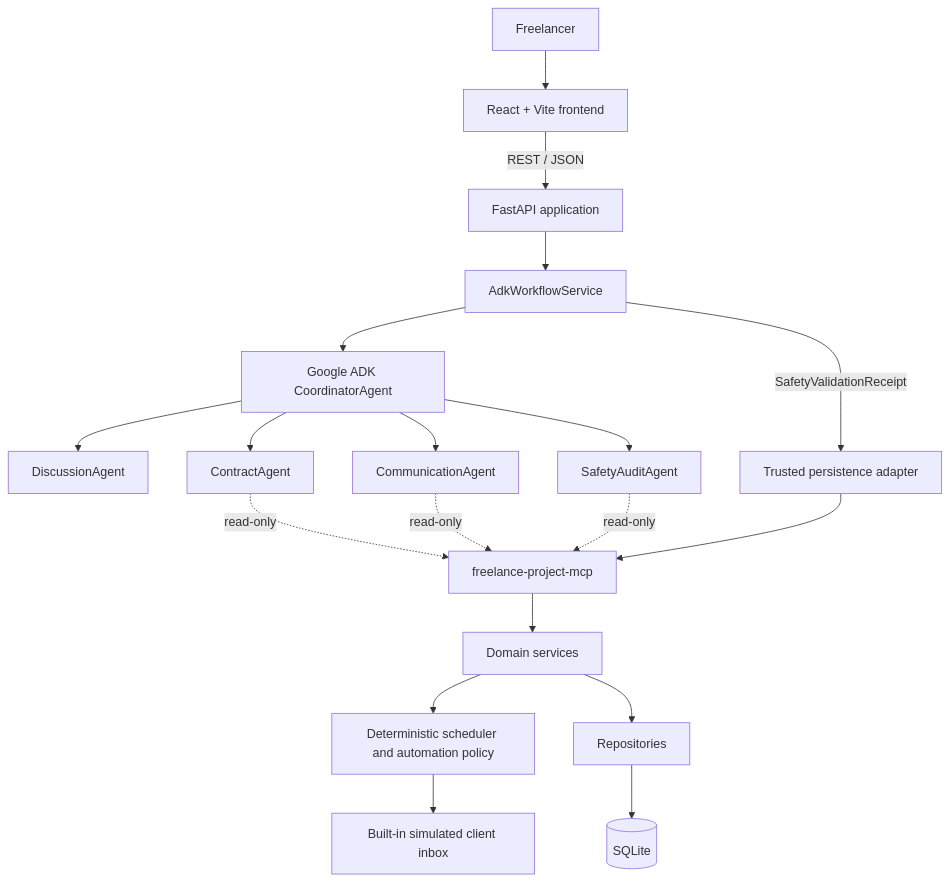
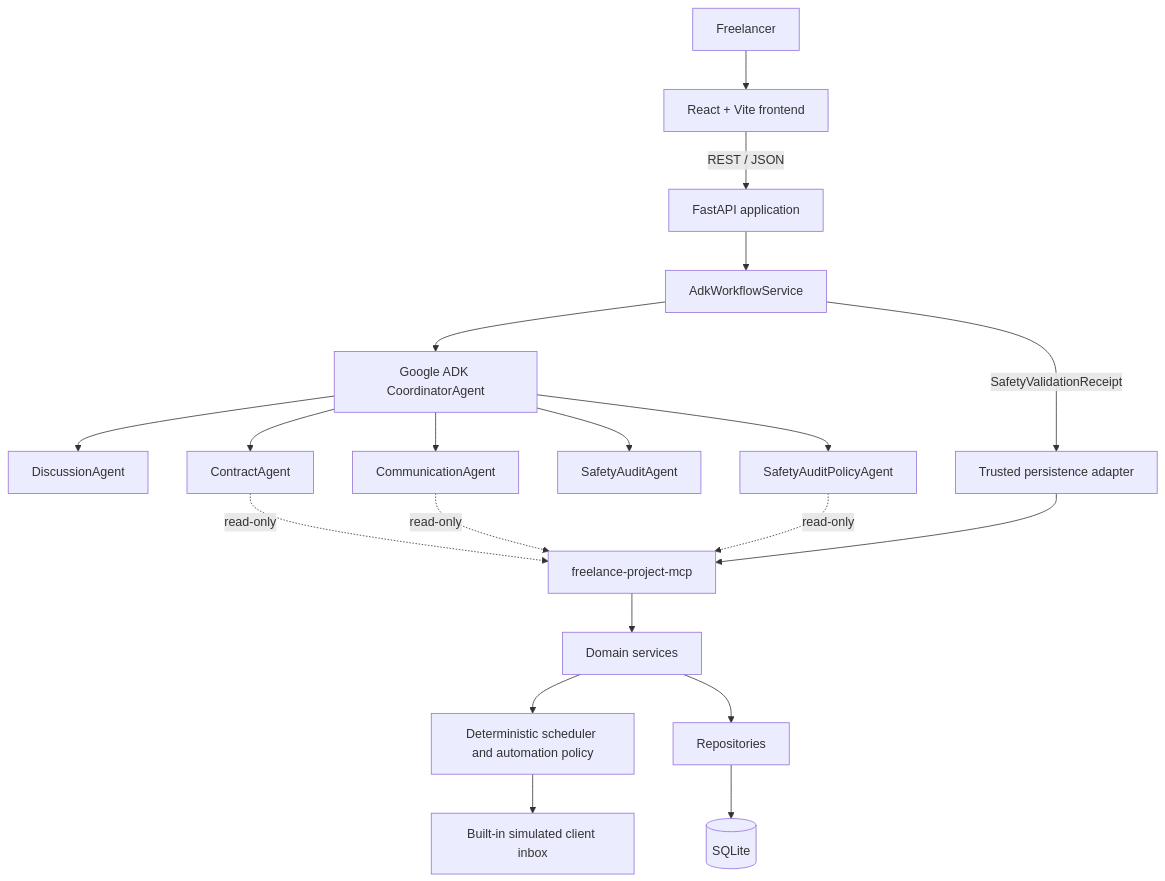
The first of 3 diagrams in docs/ARCHITECTURE.md (chaziyu/freelance-shield-ai), drawn with Mermaid before and after one commit. The commit also changed other lines of this file and 6 other files, not shown here.

````diff
--- a/docs/ARCHITECTURE.md
+++ b/docs/ARCHITECTURE.md
@@ -9,21 +9,22 @@
 ```mermaid
 flowchart TD
     User["Freelancer"] --> UI["React + Vite frontend"]
     UI -->|"REST / JSON"| API["FastAPI application"]
     API --> WF["AdkWorkflowService"]
     WF --> Coordinator["Google ADK CoordinatorAgent"]
     Coordinator --> Discussion["DiscussionAgent"]
     Coordinator --> Contract["ContractAgent"]
     Coordinator --> Communication["CommunicationAgent"]
     Coordinator --> Safety["SafetyAuditAgent"]
+    Coordinator --> SafetyPolicy["SafetyAuditPolicyAgent"]
     Contract -.->|"read-only"| MCP["freelance-project-mcp"]
     Communication -.->|"read-only"| MCP
-    Safety -.->|"read-only"| MCP
+    SafetyPolicy -.->|"read-only"| MCP
     WF -->|"SafetyValidationReceipt"| Adapter["Trusted persistence adapter"]
     Adapter --> MCP
     MCP --> Services["Domain services"]
     Services --> Scheduler["Deterministic scheduler and automation policy"]
     Services --> Repositories["Repositories"]
     Repositories --> DB[("SQLite")]
     Scheduler --> Inbox["Built-in simulated client inbox"]
 ```
````
